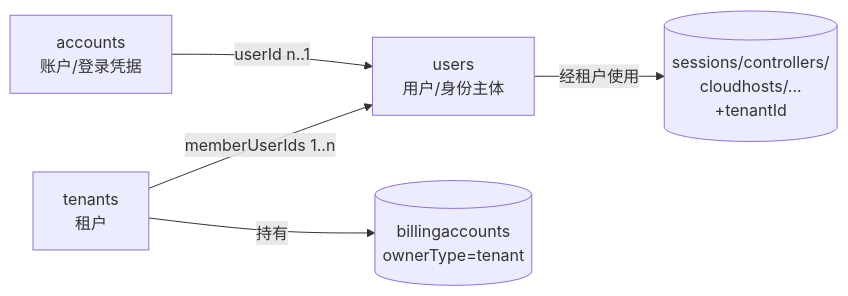
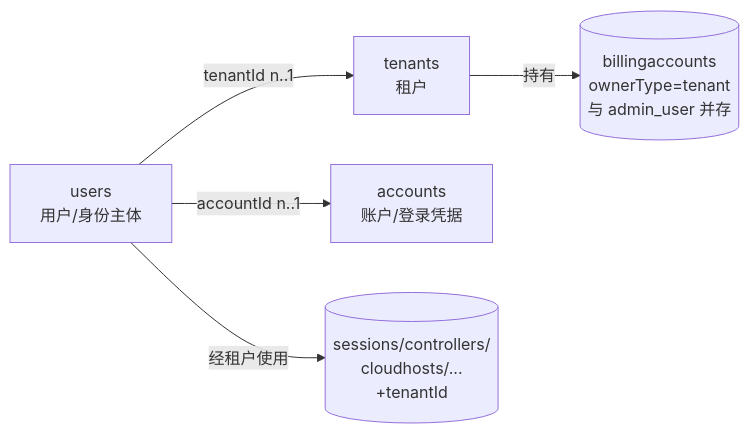
One commit to Deliay/z-agent-gear changed the first of 6 diagrams in docs/engineering/proposals/20261027-feat-multi-tenant-phase1.md. Above: the diagram before and after it, drawn with Mermaid. The commit also changed other lines of this file and 3 other files, not shown here.

````diff
--- a/docs/engineering/proposals/20261027-feat-multi-tenant-phase1.md
+++ b/docs/engineering/proposals/20261027-feat-multi-tenant-phase1.md
@@ -24,7 +25,7 @@
 ```mermaid
 flowchart LR
-    T[tenants<br/>租户] -->|memberUserIds 1..n| U[users<br/>用户/身份主体]
-    A[accounts<br/>账户/登录凭据] -->|userId n..1| U
-    T -->|持有| B[(billingaccounts<br/>ownerType=tenant)]
+    U[users<br/>用户/身份主体] -->|tenantId n..1| T[tenants<br/>租户]
+    U -->|accountId n..1| A[accounts<br/>账户/登录凭据]
+    T -->|持有| B[(billingaccounts<br/>ownerType=tenant<br/>与 admin_user 并存)]
     U -->|经租户使用| R[(sessions/controllers/<br/>cloudhosts/...<br/>+tenantId)]
 ```
````
